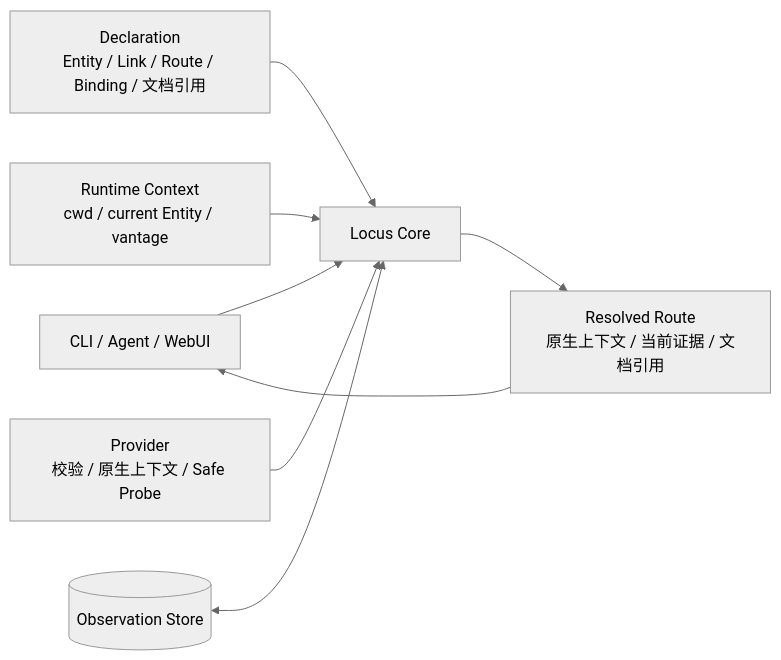
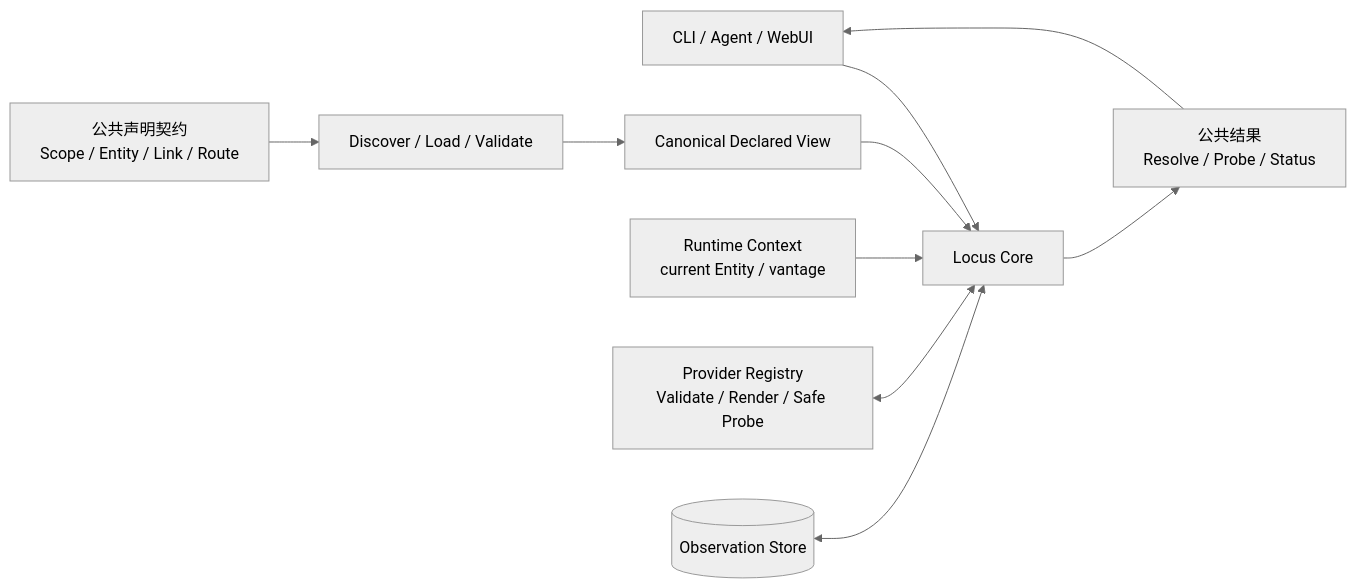
Before and after one commit to SWdrift/locus-link: the first of 4 diagrams in documents/design/系统设计.md, drawn with Mermaid (neutral theme). The commit also changed other lines of this file and 17 other files, not shown here.

````diff
--- a/documents/design/系统设计.md
+++ b/documents/design/系统设计.md
@@ -24,12 +43,15 @@
 ```mermaid
 flowchart LR
-    UI[CLI / Agent / WebUI] --> CORE[Locus Core]
+    UI["CLI / Agent / WebUI"] --> CORE["Locus Core"]
 
-    DECL[Declaration<br/>Entity / Link / Route / Binding / 文档引用] --> CORE
-    CTX[Runtime Context<br/>cwd / current Entity / vantage] --> CORE
-    PROVIDER[Provider<br/>校验 / 原生上下文 / Safe Probe] --> CORE
-    STORE[(Observation Store)] <--> CORE
+    YAML["公共声明契约<br/>Scope / Entity / Link / Route"] --> LOAD["Discover / Load / Validate"]
+    LOAD --> VIEW["Canonical Declared View"]
+    VIEW --> CORE
 
-    CORE --> RESULT[Resolved Route<br/>原生上下文 / 当前证据 / 文档引用]
+    CTX["Runtime Context<br/>current Entity / vantage"] --> CORE
+    PROVIDERS["Provider Registry<br/>Validate / Render / Safe Probe"] <--> CORE
+    STORE[("Observation Store")] <--> CORE
+
+    CORE --> RESULT["公共结果<br/>Resolve / Probe / Status"]
     RESULT --> UI
 ```
````
